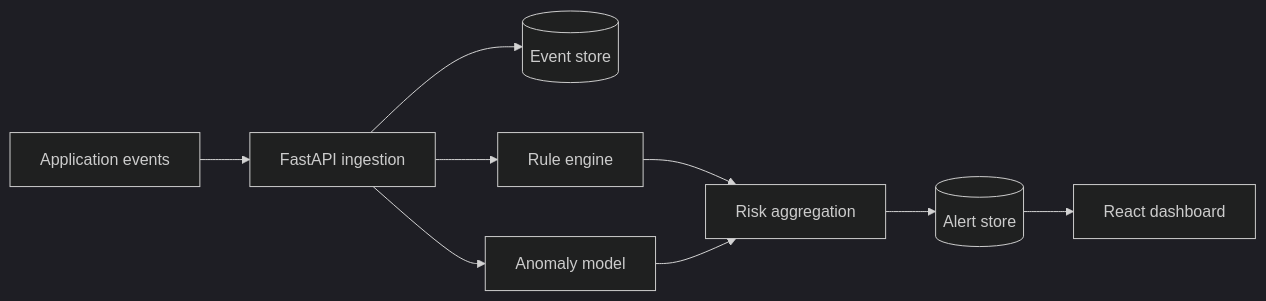
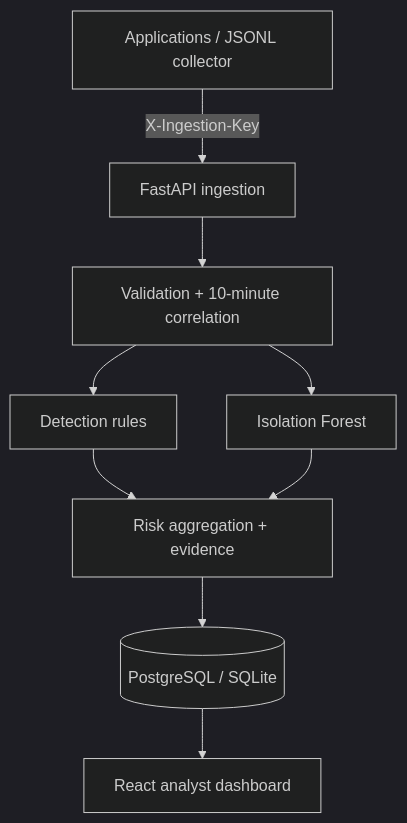
Before and after one commit to bbmuti/-intelligent-security-monitoring: the diagram in README.md, drawn with Mermaid (dark theme). The commit also changed other lines of this file and 38 other files, not shown here.

````diff
--- a/README.md
+++ b/README.md
@@ -19,11 +39,11 @@
 ```mermaid
-flowchart LR
-    A[Application events] --> B[FastAPI ingestion]
-    B --> C[(Event store)]
-    B --> D[Rule engine]
-    B --> E[Anomaly model]
-    D --> F[Risk aggregation]
+flowchart TD
+    A["Applications / JSONL collector"] -->|"X-Ingestion-Key"| B["FastAPI ingestion"]
+    B --> C["Validation + 10-minute correlation"]
+    C --> D["Detection rules"]
+    C --> E["Isolation Forest"]
+    D --> F["Risk aggregation + evidence"]
     E --> F
-    F --> G[(Alert store)]
-    G --> H[React dashboard]
+    F --> G[("PostgreSQL / SQLite")]
+    G --> H["React analyst dashboard"]
 ```
````
